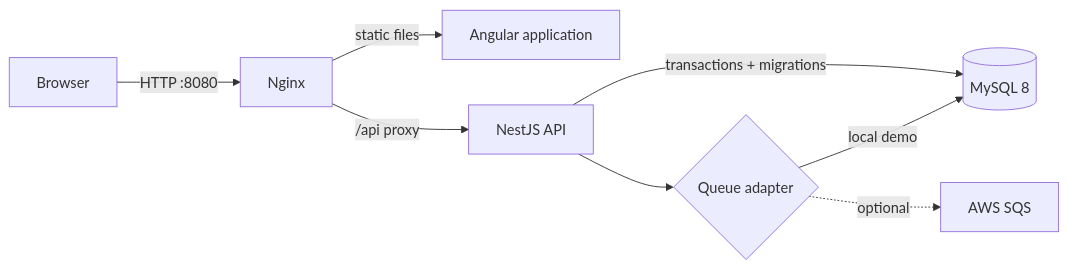
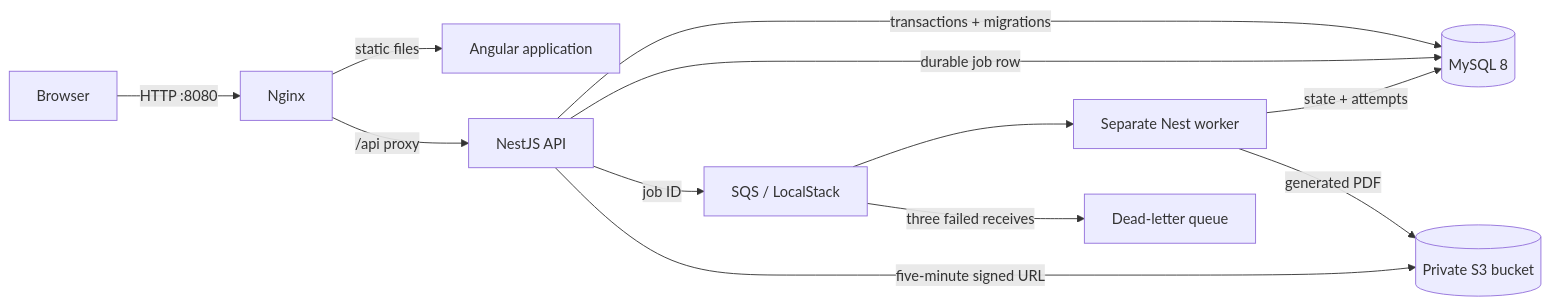
One commit to capo689/Cornell changed the diagram in docs/ARCHITECTURE.md. Above: the diagram before and after it, drawn with Mermaid. The commit also changed other lines of this file and 28 other files, not shown here.

````diff
--- a/docs/ARCHITECTURE.md
+++ b/docs/ARCHITECTURE.md
@@ -7,10 +7,14 @@
 ```mermaid
 flowchart LR
   B[Browser] -->|HTTP :8080| N[Nginx]
   N -->|static files| W[Angular application]
   N -->|/api proxy| A[NestJS API]
   A -->|transactions + migrations| D[(MySQL 8)]
-  A --> Q{Queue adapter}
-  Q -->|local demo| D
-  Q -. optional .-> S[AWS SQS]
+  A -->|durable job row| D
+  A -->|job ID| Q[SQS / LocalStack]
+  Q --> K[Separate Nest worker]
+  K -->|state + attempts| D
+  K -->|generated PDF| S[(Private S3 bucket)]
+  Q -->|three failed receives| X[Dead-letter queue]
+  A -->|five-minute signed URL| S
 ```
````
